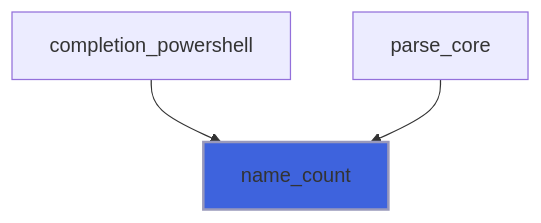
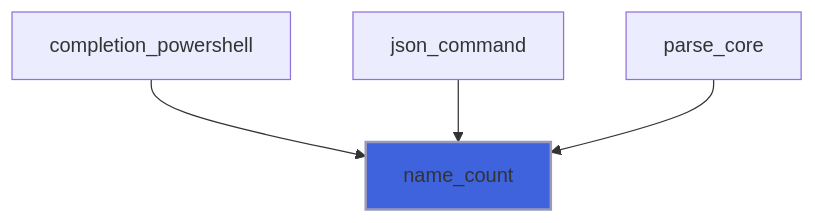
Before and after one commit to szaghi/FLAP: diagram 28 of 43 in docs/api/src/lib/flap_command_line_arguments_group_t.md, drawn with Mermaid. The commit also changed other lines of this file and 22 other files, not shown here.

````diff
--- a/docs/api/src/lib/flap_command_line_arguments_group_t.md
+++ b/docs/api/src/lib/flap_command_line_arguments_group_t.md
@@ -991,6 +1099,7 @@
 ```mermaid
 flowchart TD
   completion_powershell["completion_powershell"] --> name_count["name_count"]
+  json_command["json_command"] --> name_count["name_count"]
   parse_core["parse_core"] --> name_count["name_count"]
   style name_count fill:#3e63dd,stroke:#99b,stroke-width:2px
 ```
````
